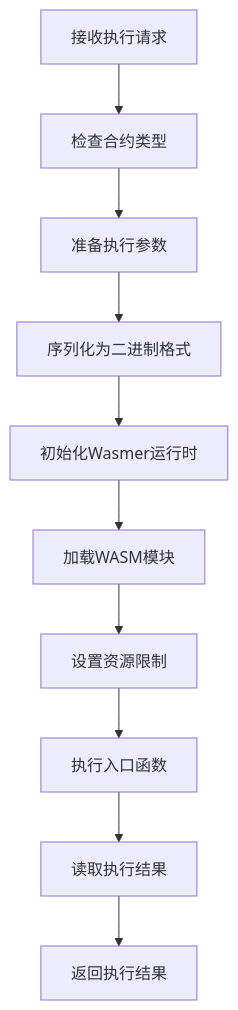
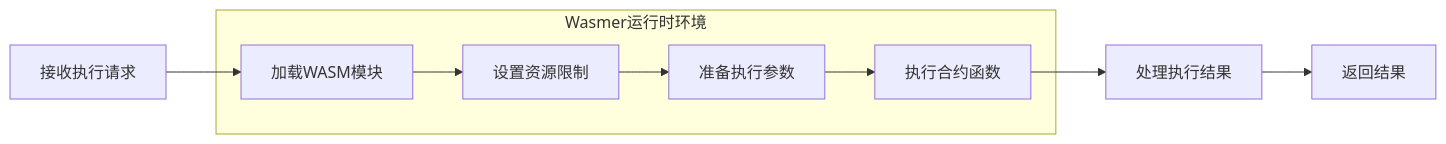
The third of 5 diagrams in docs/vm_architecture.md (govm-net/vm), drawn with Mermaid before and after one commit. The commit also changed other lines of this file and 1 other file, not shown here.

````diff
--- a/docs/vm_architecture.md
+++ b/docs/vm_architecture.md
@@ -242,12 +273,16 @@
 ```mermaid
-flowchart TD
-    A[接收执行请求] --> B[检查合约类型]
-    B --> C[准备执行参数]
-    C --> D[序列化为二进制格式]
-    D --> E[初始化Wasmer运行时]
-    E --> F[加载WASM模块]
-    F --> G[设置资源限制]
-    G --> H[执行入口函数]
-    H --> I[读取执行结果]
-    I --> J[返回执行结果]
+flowchart LR
+    A[接收执行请求] --> B[加载WASM模块]
+    B --> C[设置资源限制]
+    C --> D[准备执行参数]
+    D --> E[执行合约函数]
+    E --> F[处理执行结果]
+    F --> G[返回结果]
+    
+    subgraph Wasmer运行时环境
+        B
+        C
+        D
+        E
+    end
 ```
````
